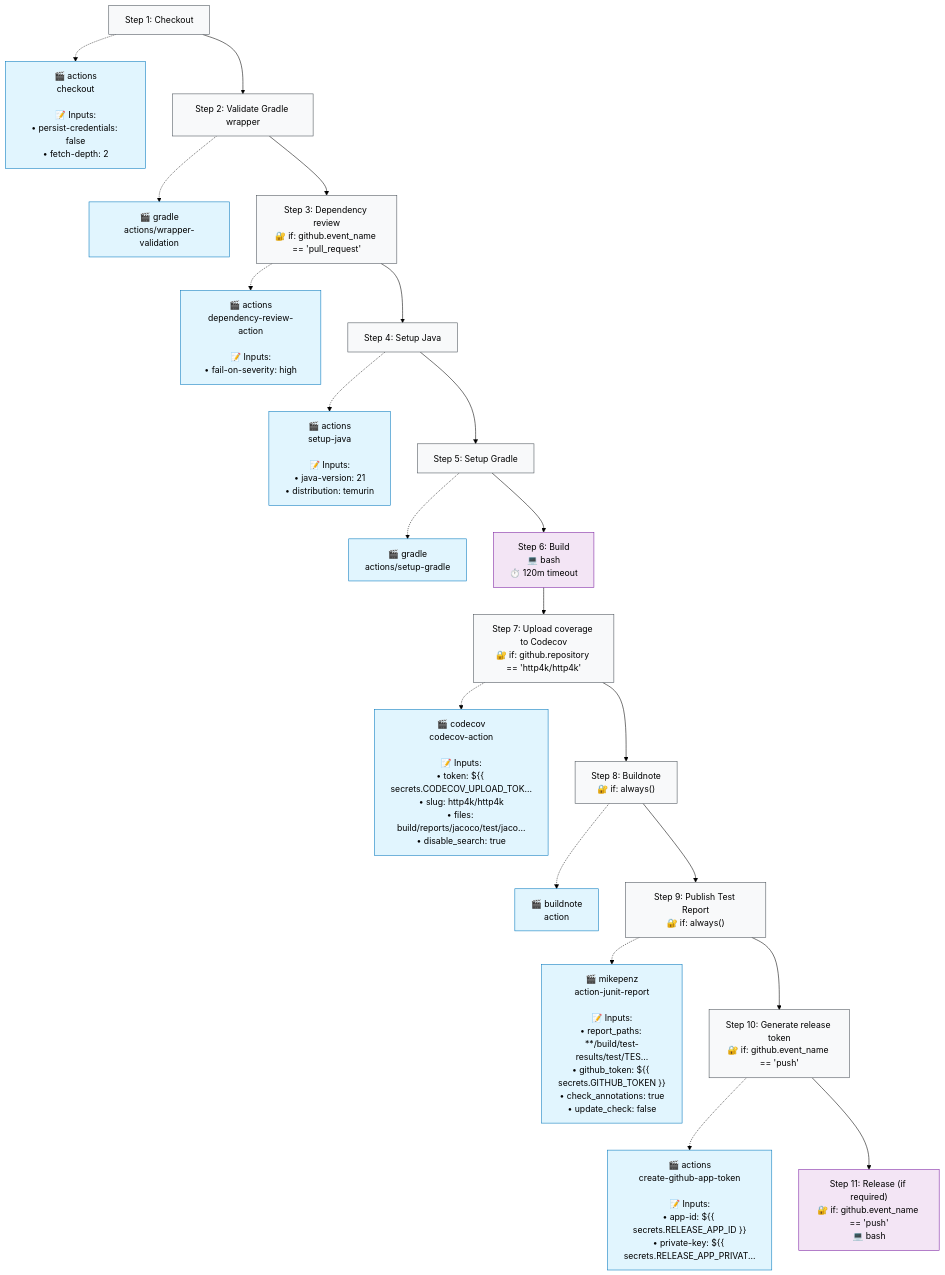
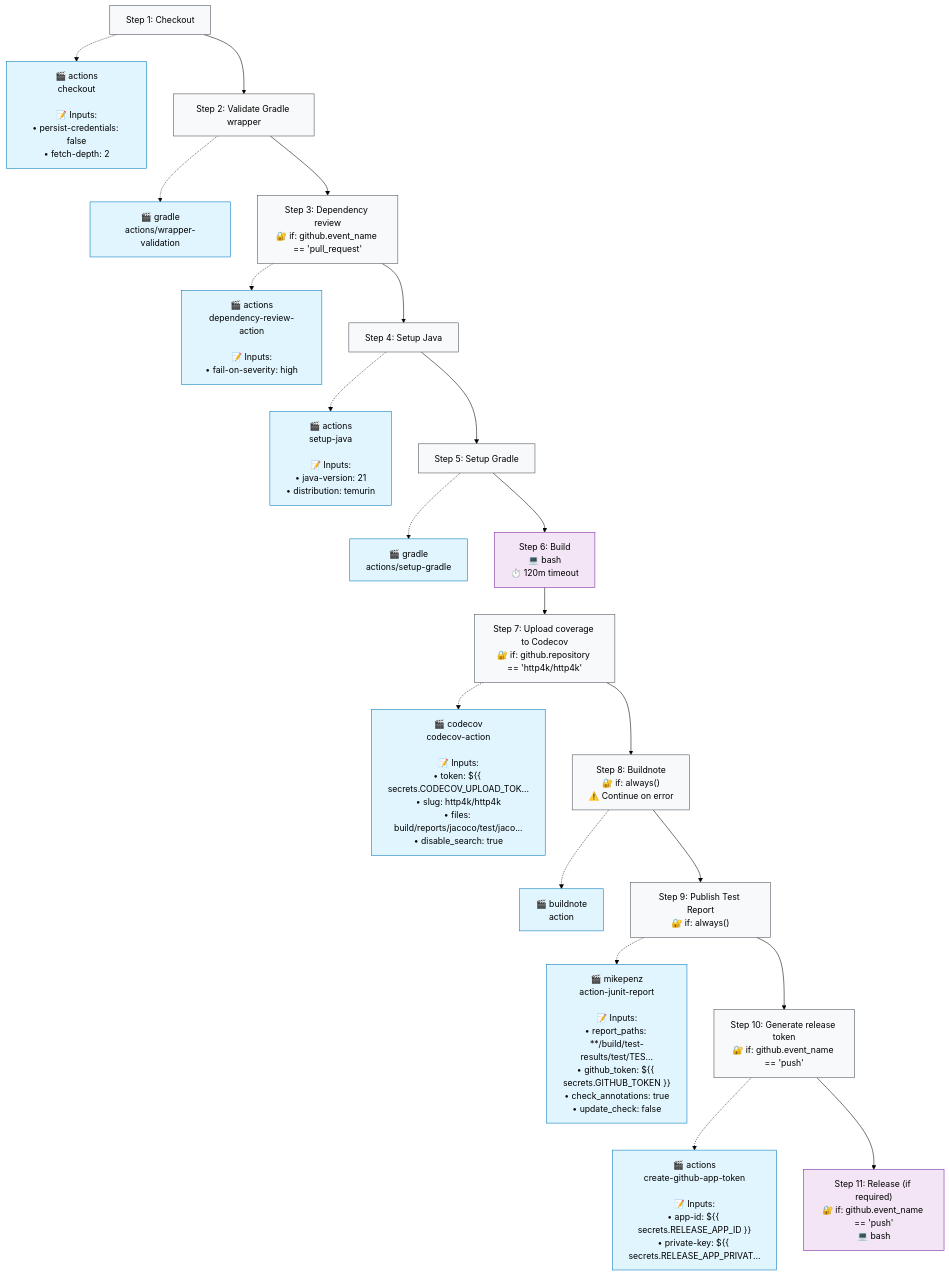
One commit to http4k/http4k changed the second of 2 diagrams in .github/typeflows/build-http4k/README.md. Above: the diagram before and after it, drawn with Mermaid (forest theme). The commit also changed 2 other files, not shown here.

Commit message:
Allow buildnote step to fail without bombing build

````diff
--- a/.github/typeflows/build-http4k/README.md
+++ b/.github/typeflows/build-http4k/README.md
@@ -24,63 +24,63 @@
 ```mermaid
 %%{init: {"flowchart": {"curve": "basis"}}}%%
 flowchart TD
     step1["Step 1: Checkout"]
     style step1 fill:#f8f9fa,stroke:#495057
     action1["🎬 actions<br/>checkout<br/><br/>📝 Inputs:<br/>• persist-credentials: false<br/>• fetch-depth: 2"]
     style action1 fill:#e1f5fe,stroke:#0277bd
     step1 -.-> action1
     step2["Step 2: Validate Gradle wrapper"]
     style step2 fill:#f8f9fa,stroke:#495057
     action2["🎬 gradle<br/>actions/wrapper-validation"]
     style action2 fill:#e1f5fe,stroke:#0277bd
     step2 -.-> action2
     step1 --> step2
     step3["Step 3: Dependency review<br/>🔐 if: github.event_name == 'pull_request'"]
     style step3 fill:#f8f9fa,stroke:#495057
     action3["🎬 actions<br/>dependency-review-action<br/><br/>📝 Inputs:<br/>• fail-on-severity: high"]
     style action3 fill:#e1f5fe,stroke:#0277bd
     step3 -.-> action3
     step2 --> step3
     step4["Step 4: Setup Java"]
     style step4 fill:#f8f9fa,stroke:#495057
     action4["🎬 actions<br/>setup-java<br/><br/>📝 Inputs:<br/>• java-version: 21<br/>• distribution: temurin"]
     style action4 fill:#e1f5fe,stroke:#0277bd
     step4 -.-> action4
     step3 --> step4
     step5["Step 5: Setup Gradle"]
     style step5 fill:#f8f9fa,stroke:#495057
     action5["🎬 gradle<br/>actions/setup-gradle"]
     style action5 fill:#e1f5fe,stroke:#0277bd
     step5 -.-> action5
     step4 --> step5
     step6["Step 6: Build<br/>💻 bash<br/>⏱️ 120m timeout"]
     style step6 fill:#f3e5f5,stroke:#7b1fa2
     step5 --> step6
     step7["Step 7: Upload coverage to Codecov<br/>🔐 if: github.repository == 'http4k/http4k'"]
     style step7 fill:#f8f9fa,stroke:#495057
     action7["🎬 codecov<br/>codecov-action<br/><br/>📝 Inputs:<br/>• token: ${{ secrets.CODECOV_UPLOAD_TOK...<br/>• slug: http4k/http4k<br/>• files: build/reports/jacoco/test/jaco...<br/>• disable_search: true"]
     style action7 fill:#e1f5fe,stroke:#0277bd
     step7 -.-> action7
     step6 --> step7
-    step8["Step 8: Buildnote<br/>🔐 if: always()"]
+    step8["Step 8: Buildnote<br/>🔐 if: always()<br/>⚠️ Continue on error"]
     style step8 fill:#f8f9fa,stroke:#495057
     action8["🎬 buildnote<br/>action"]
     style action8 fill:#e1f5fe,stroke:#0277bd
     step8 -.-> action8
     step7 --> step8
     step9["Step 9: Publish Test Report<br/>🔐 if: always()"]
     style step9 fill:#f8f9fa,stroke:#495057
     action9["🎬 mikepenz<br/>action-junit-report<br/><br/>📝 Inputs:<br/>• report_paths: **/build/test-results/test/TES...<br/>• github_token: ${{ secrets.GITHUB_TOKEN }}<br/>• check_annotations: true<br/>• update_check: false"]
     style action9 fill:#e1f5fe,stroke:#0277bd
     step9 -.-> action9
     step8 --> step9
     step10["Step 10: Generate release token<br/>🔐 if: github.event_name == 'push'"]
     style step10 fill:#f8f9fa,stroke:#495057
     action10["🎬 actions<br/>create-github-app-token<br/><br/>📝 Inputs:<br/>• app-id: ${{ secrets.RELEASE_APP_ID }}<br/>• private-key: ${{ secrets.RELEASE_APP_PRIVAT..."]
     style action10 fill:#e1f5fe,stroke:#0277bd
     step10 -.-> action10
     step9 --> step10
     step11["Step 11: Release (if required)<br/>🔐 if: github.event_name == 'push'<br/>💻 bash"]
     style step11 fill:#f3e5f5,stroke:#7b1fa2
     step10 --> step11
 ```
````
